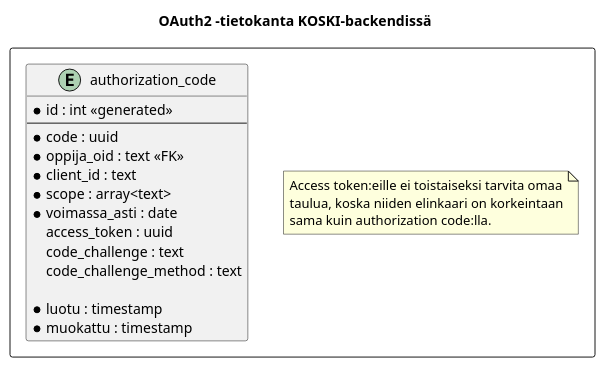
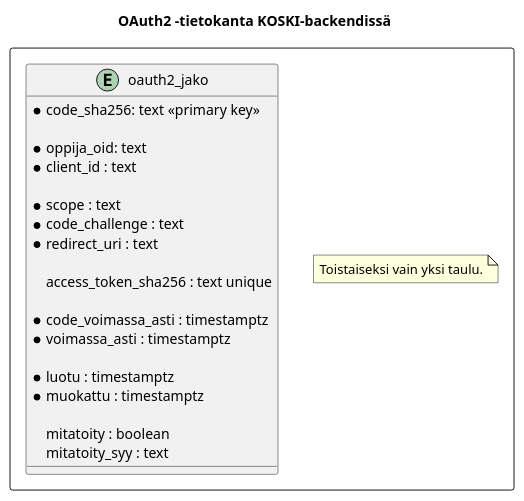
One commit to Opetushallitus/koski changed the diagram in documentation/kuvat/oauth2tietokanta.puml. Above: the diagram before and after it, drawn with PlantUML. The commit also changed 6 other files, not shown here.

```diff
--- a/documentation/kuvat/oauth2tietokanta.puml
+++ b/documentation/kuvat/oauth2tietokanta.puml
@@ -1,30 +1,34 @@
 @startuml
 
 title OAuth2 -tietokanta KOSKI-backendissä
 rectangle #White {
 
 Note as taulu
- Access token:eille ei toistaiseksi tarvita omaa
- taulua, koska niiden elinkaari on korkeintaan
- sama kuin authorization code:lla.
+ Toistaiseksi vain yksi taulu.
 end note
 
-entity "authorization_code" as auth {
-  *id : int <<generated>>
-  --
-  *code : uuid
-  *oppija_oid : text <<FK>>
+entity "oauth2_jako" as auth {
+  *code_sha256: text <<primary key>>
+
+  *oppija_oid: text
   *client_id : text
-  *scope : array<text>
-  *voimassa_asti : date
-  access_token : uuid
-  code_challenge : text
-  code_challenge_method : text
 
-  *luotu : timestamp
-  *muokattu : timestamp
+  *scope : text
+  *code_challenge : text
+  *redirect_uri : text
+
+  access_token_sha256 : text unique
+
+  *code_voimassa_asti : timestamptz
+  *voimassa_asti : timestamptz
+
+  *luotu : timestamptz
+  *muokattu : timestamptz
+
+  mitatoity : boolean
+  mitatoity_syy : text
 }
 
 }
 
 @enduml
```
